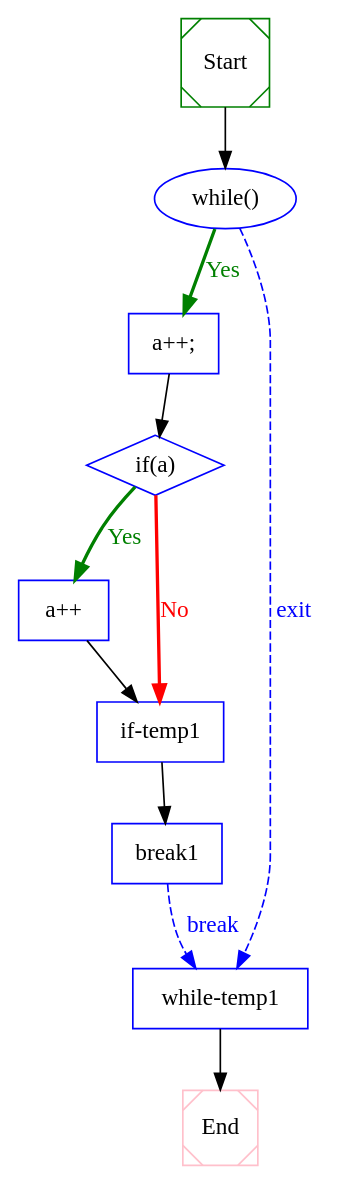
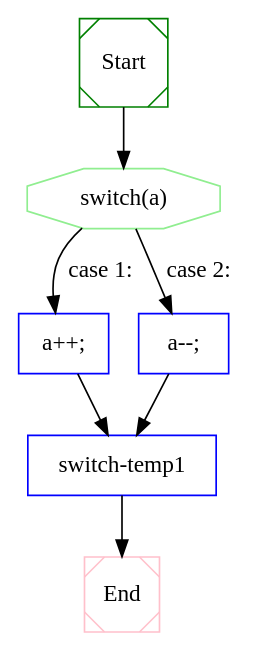
Before and after one commit to Naplues/Static-Analysis: the diagram in out/test.dot, drawn with Graphviz. The commit also changed 5 other files, not shown here.

```diff
--- a/out/test.dot
+++ b/out/test.dot
@@ -1,30 +1,20 @@
 digraph CFG {
  1  [shape = Msquare, color = green, label = "Start", ]
- 2  [shape = ellipse, color = blue, label = "while()", ]
+ 2  [shape = octagon, color = lightgreen, label = "switch(a)", ]
  3  [shape = box, color = blue, label = "a++;", ]
- 4  [shape = diamond, color = blue, label = "if(a)", ]
- 5  [shape = box, color = blue, label = "a++", ]
- 6  [shape = box, color = blue, label = "if-temp1", ]
- 7  [shape = box, color = blue, label = "break1", ]
- 8  [shape = box, color = blue, label = "while-temp1", ]
- 9  [shape = Msquare, color = pink, label = "End", ]
+ 4  [shape = box, color = blue, label = "a--;", ]
+ 5  [shape = box, color = blue, label = "switch-temp1", ]
+ 6  [shape = Msquare, color = pink, label = "End", ]
  1  ->  2  [style = solid, label="", fillcolor = black, color = black, fontcolor = black]
 
- 2  ->  8  [style = dashed, label="exit", fillcolor = blue, color = blue, fontcolor = blue]
- 2  ->  3  [style = bold, label="Yes", fillcolor = green, color = green, fontcolor = green]
+ 2  ->  4  [style = solid, label="case 2:", fillcolor = black, color = black, fontcolor = black]
+ 2  ->  3  [style = solid, label="case 1:", fillcolor = black, color = black, fontcolor = black]
 
- 3  ->  4  [style = solid, label="", fillcolor = black, color = black, fontcolor = black]
+ 3  ->  5  [style = solid, label="", fillcolor = black, color = black, fontcolor = black]
 
- 4  ->  6  [style = bold, label="No", fillcolor = red, color = red, fontcolor = red]
- 4  ->  5  [style = bold, label="Yes", fillcolor = green, color = green, fontcolor = green]
+ 4  ->  5  [style = solid, label="", fillcolor = black, color = black, fontcolor = black]
 
  5  ->  6  [style = solid, label="", fillcolor = black, color = black, fontcolor = black]
 
- 6  ->  7  [style = solid, label="", fillcolor = black, color = black, fontcolor = black]
-
- 7  ->  8  [style = dashed, label="break", fillcolor = blue, color = blue, fontcolor = blue]
-
- 8  ->  9  [style = solid, label="", fillcolor = black, color = black, fontcolor = black]
-
 
 }
```
